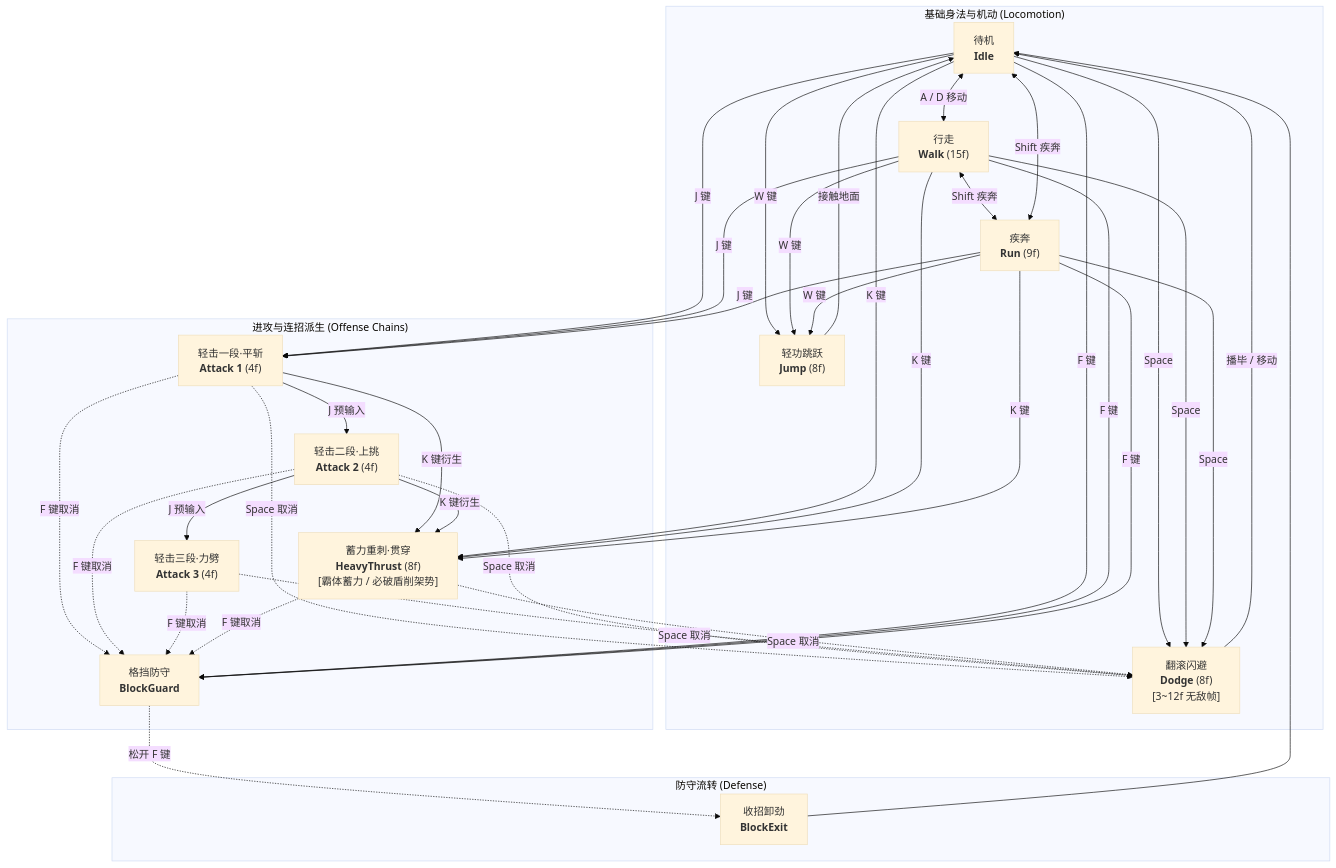
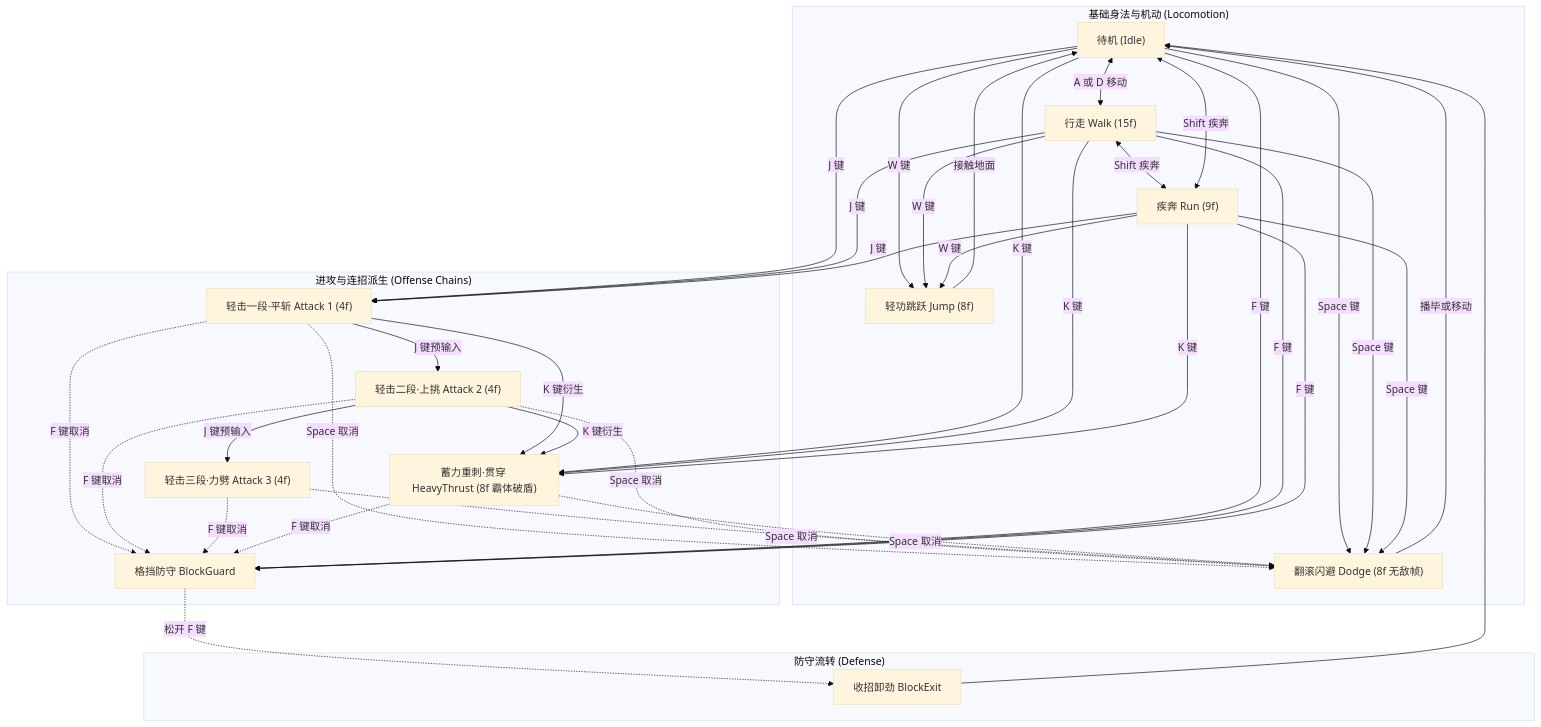
One commit to luyushu-shu/daoying-jianghu changed the second of 5 diagrams in README.md. Above: the diagram before and after it, drawn with Mermaid (base theme). The commit also changed other lines of this file, not shown here.

Commit message:
fix(readme): quote mermaid edge labels and sanitize syntax for github rich display

````diff
--- a/README.md
+++ b/README.md
@@ -109,30 +109,47 @@
 ```mermaid
 flowchart TD
     subgraph LOCOMOTION ["基础身法与机动 (Locomotion)"]
-        IDLE["待机<br/><b>Idle</b>"] <-->|A / D 移动| WALK["行走<br/><b>Walk</b> (15f)"]
-        WALK <-->|Shift 疾奔| RUN["疾奔<br/><b>Run</b> (9f)"]
-        IDLE <-->|Shift 疾奔| RUN
-        IDLE & WALK & RUN -->|Space| DODGE["翻滚闪避<br/><b>Dodge</b> (8f)<br/>[3~12f 无敌帧]"]
-        IDLE & WALK & RUN -->|W 键| JUMP["轻功跳跃<br/><b>Jump</b> (8f)"]
-        DODGE -->|播毕 / 移动| IDLE
-        JUMP -->|接触地面| IDLE
+        IDLE["待机 (Idle)"] <-->|"A 或 D 移动"| WALK["行走 Walk (15f)"]
+        WALK <-->|"Shift 疾奔"| RUN["疾奔 Run (9f)"]
+        IDLE <-->|"Shift 疾奔"| RUN
+        IDLE -->|"Space 键"| DODGE["翻滚闪避 Dodge (8f 无敌帧)"]
+        WALK -->|"Space 键"| DODGE
+        RUN -->|"Space 键"| DODGE
+        IDLE -->|"W 键"| JUMP["轻功跳跃 Jump (8f)"]
+        WALK -->|"W 键"| JUMP
+        RUN -->|"W 键"| JUMP
+        DODGE -->|"播毕或移动"| IDLE
+        JUMP -->|"接触地面"| IDLE
     end
 
     subgraph OFFENSE ["进攻与连招派生 (Offense Chains)"]
-        IDLE & WALK & RUN -->|J 键| ATK1["轻击一段·平斩<br/><b>Attack 1</b> (4f)"]
-        ATK1 -->|J 预输入| ATK2["轻击二段·上挑<br/><b>Attack 2</b> (4f)"]
-        ATK2 -->|J 预输入| ATK3["轻击三段·力劈<br/><b>Attack 3</b> (4f)"]
+        IDLE -->|"J 键"| ATK1["轻击一段·平斩 Attack 1 (4f)"]
+        WALK -->|"J 键"| ATK1
+        RUN -->|"J 键"| ATK1
+        ATK1 -->|"J 键预输入"| ATK2["轻击二段·上挑 Attack 2 (4f)"]
+        ATK2 -->|"J 键预输入"| ATK3["轻击三段·力劈 Attack 3 (4f)"]
         
-        ATK1 & ATK2 -->|K 键衍生| HEAVY["蓄力重刺·贯穿<br/><b>HeavyThrust</b> (8f)<br/>[霸体蓄力 / 必破盾削架势]"]
-        IDLE & WALK & RUN -->|K 键| HEAVY
+        ATK1 -->|"K 键衍生"| HEAVY["蓄力重刺·贯穿 HeavyThrust (8f 霸体破盾)"]
+        ATK2 -->|"K 键衍生"| HEAVY
+        IDLE -->|"K 键"| HEAVY
+        WALK -->|"K 键"| HEAVY
+        RUN -->|"K 键"| HEAVY
         
-        ATK1 & ATK2 & ATK3 & HEAVY -.->|Space 取消| DODGE
-        ATK1 & ATK2 & ATK3 & HEAVY -.->|F 键取消| BLOCK["格挡防守<br/><b>BlockGuard</b>"]
+        ATK1 -.->|"Space 取消"| DODGE
+        ATK2 -.->|"Space 取消"| DODGE
+        ATK3 -.->|"Space 取消"| DODGE
+        HEAVY -.->|"Space 取消"| DODGE
+        ATK1 -.->|"F 键取消"| BLOCK["格挡防守 BlockGuard"]
+        ATK2 -.->|"F 键取消"| BLOCK
+        ATK3 -.->|"F 键取消"| BLOCK
+        HEAVY -.->|"F 键取消"| BLOCK
     end
 
     subgraph DEFENSE_LINK ["防守流转 (Defense)"]
-        IDLE & WALK & RUN -->|F 键| BLOCK
-        BLOCK -.->|松开 F 键| EXIT_NODE["收招卸劲<br/><b>BlockExit</b>"]
+        IDLE -->|"F 键"| BLOCK
+        WALK -->|"F 键"| BLOCK
+        RUN -->|"F 键"| BLOCK
+        BLOCK -.->|"松开 F 键"| EXIT_NODE["收招卸劲 BlockExit"]
         EXIT_NODE --> IDLE
     end
 ```
````
